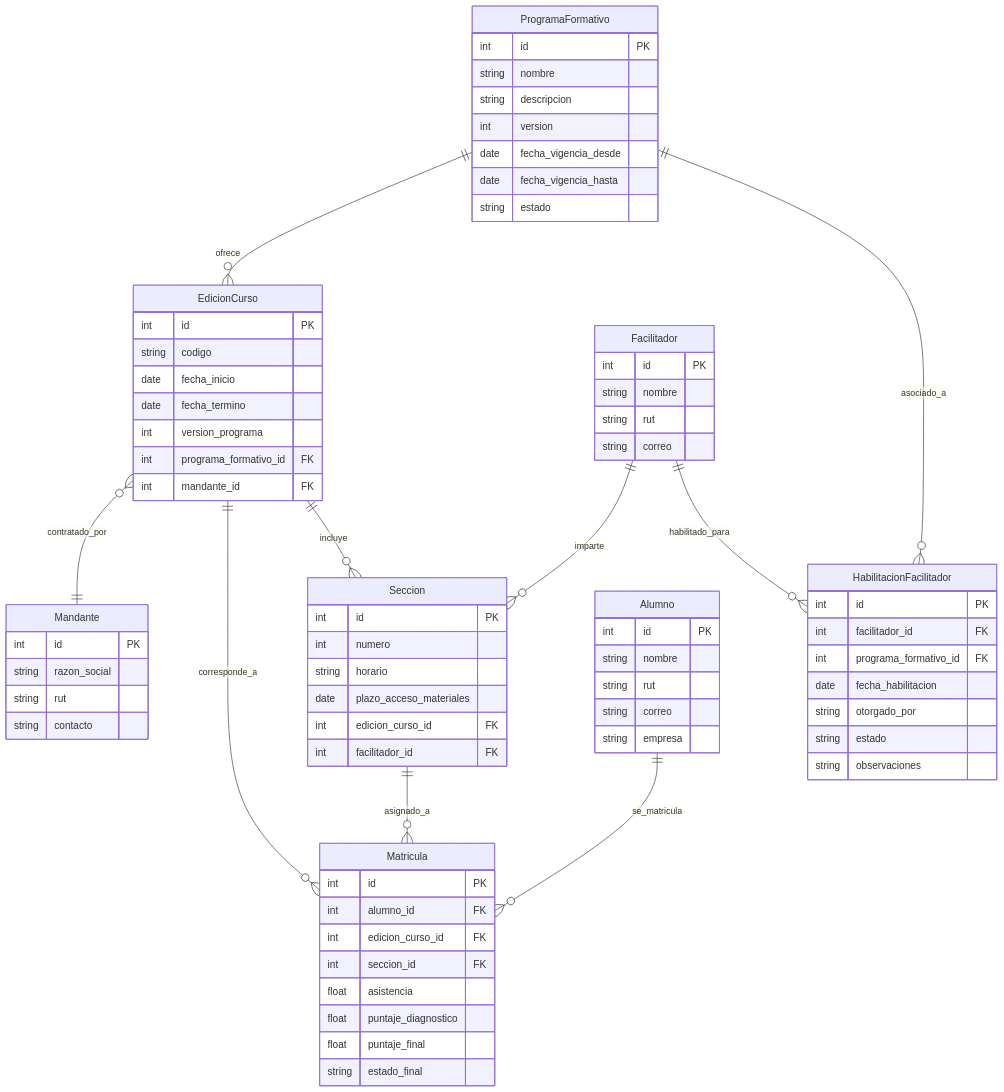
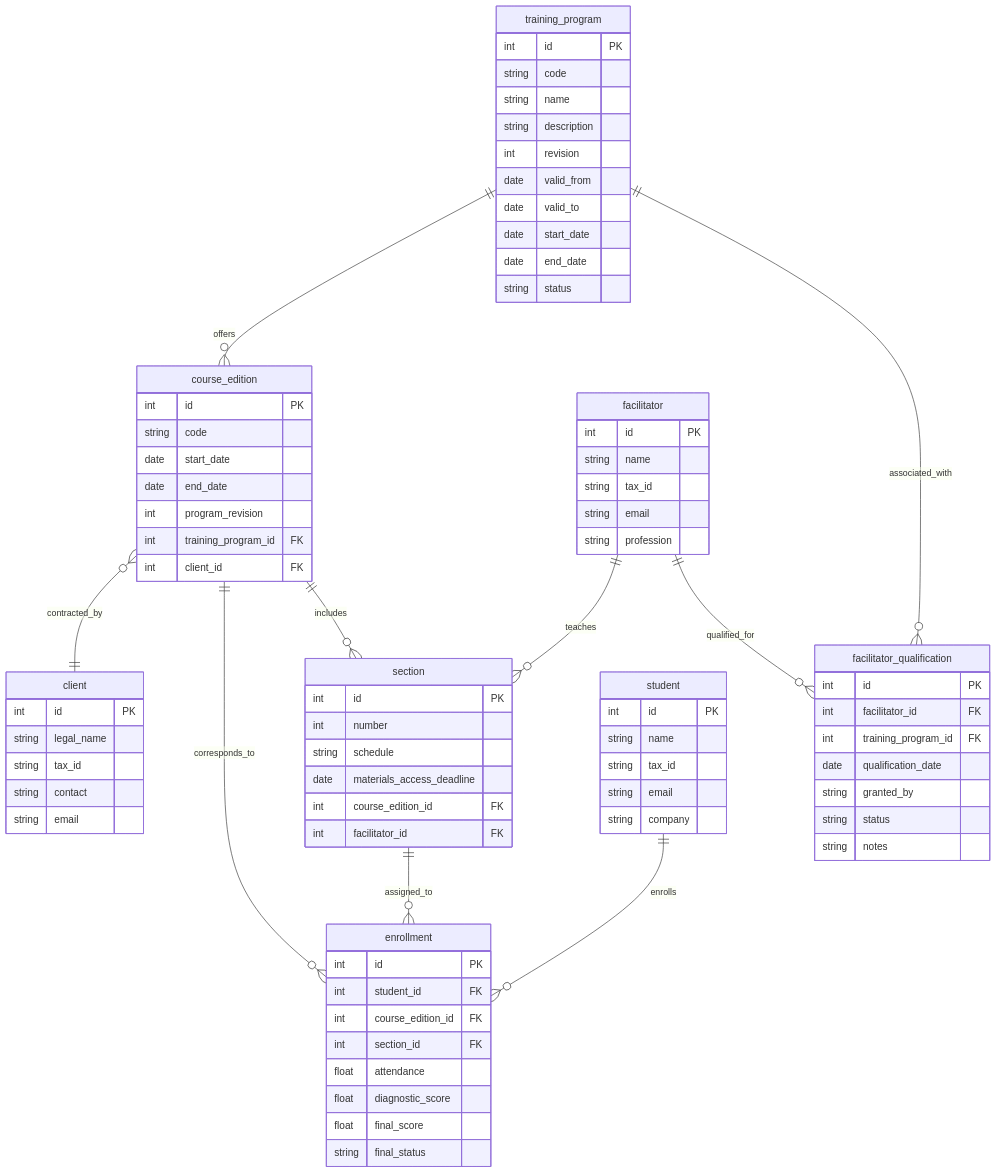
One commit to keber/otf-sisacad changed the diagram in docs/diag-er.md. Above: the diagram before and after it, drawn with Mermaid. The commit also changed other lines of this file and 130 other files, not shown here.

First line of the commit message:
refactor: restructure TrainingProgram into Clean Architecture with DDD building blocks (#64)

````diff
--- a/docs/diag-er.md
+++ b/docs/diag-er.md
@@ -3,91 +3,96 @@
 ```mermaid
 erDiagram
 
-%% =================== ENTIDADES ===================
+%% =================== ENTITIES ===================
 
-ProgramaFormativo {
+training_program {
     int id PK
-    string nombre
-    string descripcion
-    int version
-    date fecha_vigencia_desde
-    date fecha_vigencia_hasta
-    string estado
+    string code
+    string name
+    string description
+    int revision
+    date valid_from
+    date valid_to
+    date start_date
+    date end_date
+    string status
 }
 
-EdicionCurso {
+course_edition {
     int id PK
-    string codigo
-    date fecha_inicio
-    date fecha_termino
-    int version_programa
-    int programa_formativo_id FK
-    int mandante_id FK
+    string code
+    date start_date
+    date end_date
+    int program_revision
+    int training_program_id FK
+    int client_id FK
 }
 
-Mandante {
+client {
     int id PK
-    string razon_social
-    string rut
-    string contacto
+    string legal_name
+    string tax_id
+    string contact
+    string email
 }
 
-Seccion {
+section {
     int id PK
-    int numero
-    string horario
-    date plazo_acceso_materiales
-    int edicion_curso_id FK
-    int facilitador_id FK
+    int number
+    string schedule
+    date materials_access_deadline
+    int course_edition_id FK
+    int facilitator_id FK
 }
 
-Facilitador {
+facilitator {
     int id PK
-    string nombre
-    string rut
-    string correo
+    string name
+    string tax_id
+    string email
+    string profession
 }
 
-HabilitacionFacilitador {
+facilitator_qualification {
     int id PK
-    int facilitador_id FK
-    int programa_formativo_id FK
-    date fecha_habilitacion
-    string otorgado_por
-    string estado
-    string observaciones
+    int facilitator_id FK
+    int training_program_id FK
+    date qualification_date
+    string granted_by
+    string status
+    string notes
 }
 
-Alumno {
+student {
     int id PK
-    string nombre
-    string rut
-    string correo
-    string empresa
+    string name
+    string tax_id
+    string email
+    string company
 }
 
-Matricula {
+enrollment {
     int id PK
-    int alumno_id FK
-    int edicion_curso_id FK
-    int seccion_id FK
-    float asistencia
-    float puntaje_diagnostico
-    float puntaje_final
-    string estado_final
+    int student_id FK
+    int course_edition_id FK
+    int section_id FK
+    float attendance
+    float diagnostic_score
+    float final_score
+    string final_status
 }
 
-%% =================== RELACIONES ===================
+%% =================== RELATIONSHIPS ===================
 
-ProgramaFormativo ||--o{ EdicionCurso : ofrece
-EdicionCurso }o--|| Mandante : contratado_por
-Alumno ||--o{ Matricula : se_matricula
-EdicionCurso ||--o{ Matricula : corresponde_a
-Seccion ||--o{ Matricula : asignado_a
-EdicionCurso ||--o{ Seccion : incluye
-Facilitador ||--o{ Seccion : imparte
-Facilitador ||--o{ HabilitacionFacilitador : habilitado_para
-ProgramaFormativo ||--o{ HabilitacionFacilitador : asociado_a
+training_program ||--o{ course_edition : offers
+course_edition }o--|| client : contracted_by
+student ||--o{ enrollment : enrolls
+course_edition ||--o{ enrollment : corresponds_to
+section ||--o{ enrollment : assigned_to
+course_edition ||--o{ section : includes
+facilitator ||--o{ section : teaches
+facilitator ||--o{ facilitator_qualification : qualified_for
+training_program ||--o{ facilitator_qualification : associated_with
 
 
 ```
````
